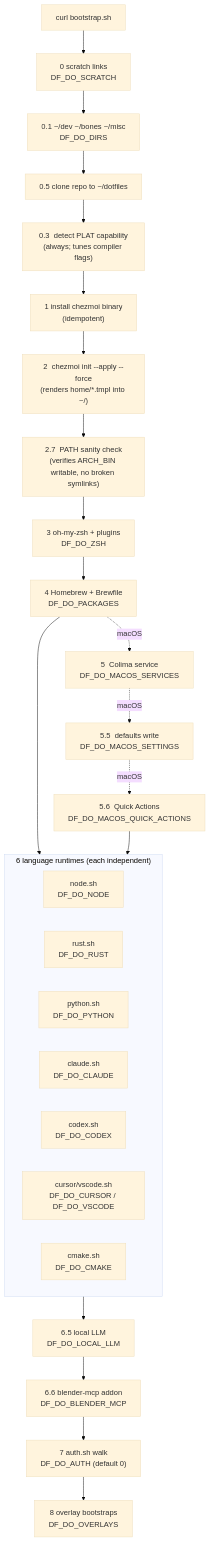
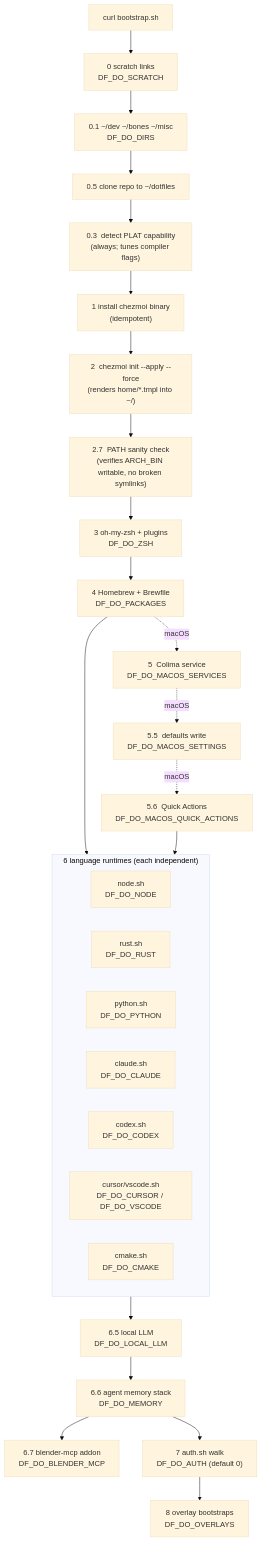
Before and after one commit to cadebrown/dotfiles: the diagram in docs/reference/bootstrap-flow.md, drawn with Mermaid (base theme). The commit also changed other lines of this file and 11 other files, not shown here.

````diff
--- a/docs/reference/bootstrap-flow.md
+++ b/docs/reference/bootstrap-flow.md
@@ -5,30 +5,31 @@
 ```mermaid
 flowchart TD
     A[curl bootstrap.sh] --> S0["0  scratch links<br/>DF_DO_SCRATCH"]
     S0 --> S01["0.1  ~/dev ~/bones ~/misc<br/>DF_DO_DIRS"]
     S01 --> S05["0.5  clone repo to ~/dotfiles"]
     S05 --> S03["0.3  detect PLAT capability<br/>(always; tunes compiler flags)"]
     S03 --> S1["1  install chezmoi binary<br/>(idempotent)"]
     S1 --> S2["2  chezmoi init --apply --force<br/>(renders home/*.tmpl into ~/)"]
     S2 --> S27["2.7  PATH sanity check<br/>(verifies ARCH_BIN writable, no broken symlinks)"]
     S27 --> S3["3  oh-my-zsh + plugins<br/>DF_DO_ZSH"]
     S3 --> S4["4  Homebrew + Brewfile<br/>DF_DO_PACKAGES"]
     S4 -.macOS.-> S5["5  Colima service<br/>DF_DO_MACOS_SERVICES"]
     S5 -.macOS.-> S55["5.5  defaults write<br/>DF_DO_MACOS_SETTINGS"]
     S55 -.macOS.-> S56["5.6  Quick Actions<br/>DF_DO_MACOS_QUICK_ACTIONS"]
     S4 --> S6
     S56 --> S6
     subgraph S6["6  language runtimes  (each independent)"]
         N["node.sh<br/>DF_DO_NODE"]
         R["rust.sh<br/>DF_DO_RUST"]
         P["python.sh<br/>DF_DO_PYTHON"]
         C["claude.sh<br/>DF_DO_CLAUDE"]
         X["codex.sh<br/>DF_DO_CODEX"]
         V["cursor/vscode.sh<br/>DF_DO_CURSOR / DF_DO_VSCODE"]
         K["cmake.sh<br/>DF_DO_CMAKE"]
     end
     S6 --> S65["6.5  local LLM<br/>DF_DO_LOCAL_LLM"]
-    S65 --> S66["6.6  blender-mcp addon<br/>DF_DO_BLENDER_MCP"]
+    S65 --> S66["6.6  agent memory stack<br/>DF_DO_MEMORY"]
+    S66 --> S67["6.7  blender-mcp addon<br/>DF_DO_BLENDER_MCP"]
     S66 --> S7["7  auth.sh walk<br/>DF_DO_AUTH (default 0)"]
     S7 --> S8["8  overlay bootstraps<br/>DF_DO_OVERLAYS"]
 ```
````
